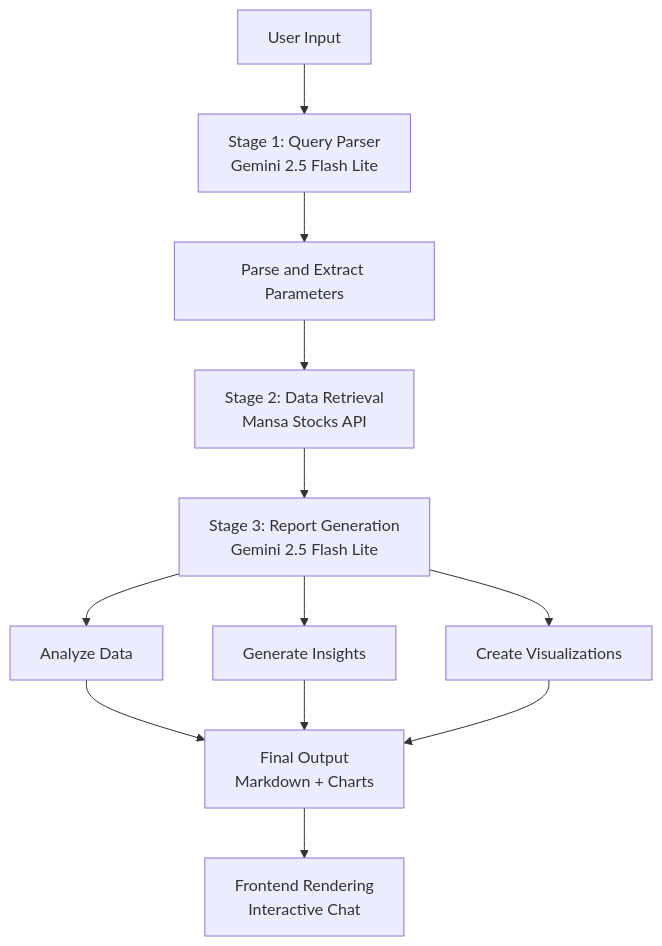
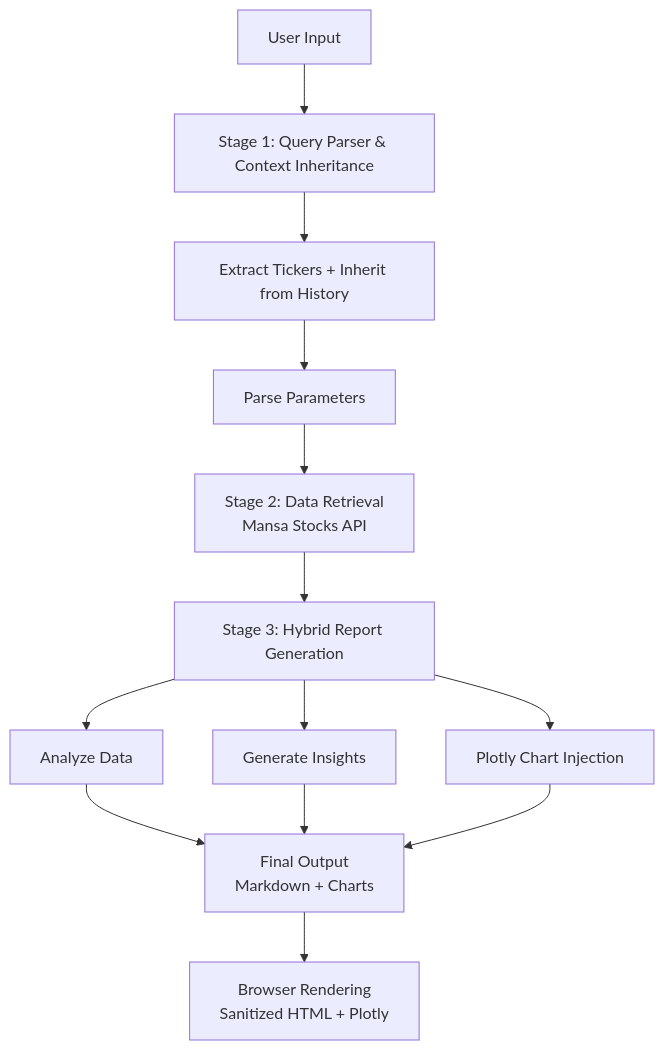
Before and after one commit to mansa-team/server: the diagram in docs/prometheus.md, drawn with Mermaid. The commit also changed other lines of this file and 11 other files, not shown here.

Commit message:
persistent chat history, session system and context-aware chat session with prometheus, also improved chain-of-thought for a more user friendly approach.

````diff
--- a/docs/prometheus.md
+++ b/docs/prometheus.md
@@ -46,14 +60,15 @@
 ```mermaid
 graph TD
-    A["User Input"] --> B["Stage 1: Query Parser<br/>Gemini 2.5 Flash Lite"]
-    B --> C["Parse and Extract Parameters"]
+    A["User Input"] --> B["Stage 1: Query Parser & Context Inheritance"]
+    B --> B1["Extract Tickers + Inherit from History"]
+    B1 --> C["Parse Parameters"]
     C --> E["Stage 2: Data Retrieval<br/>Mansa Stocks API"]
-    E --> G["Stage 3: Report Generation<br/>Gemini 2.5 Flash Lite"]
+    E --> G["Stage 3: Hybrid Report Generation"]
     G --> H["Analyze Data"]
     G --> I["Generate Insights"]
-    G --> J["Create Visualizations"]
+    G --> J["Plotly Chart Injection"]
     H --> K["Final Output<br/>Markdown + Charts"]
     I --> K
     J --> K
-    K --> L["Frontend Rendering<br/>Interactive Chat"]
+    K --> L["Browser Rendering<br/>Sanitized HTML + Plotly"]
 ```
````
